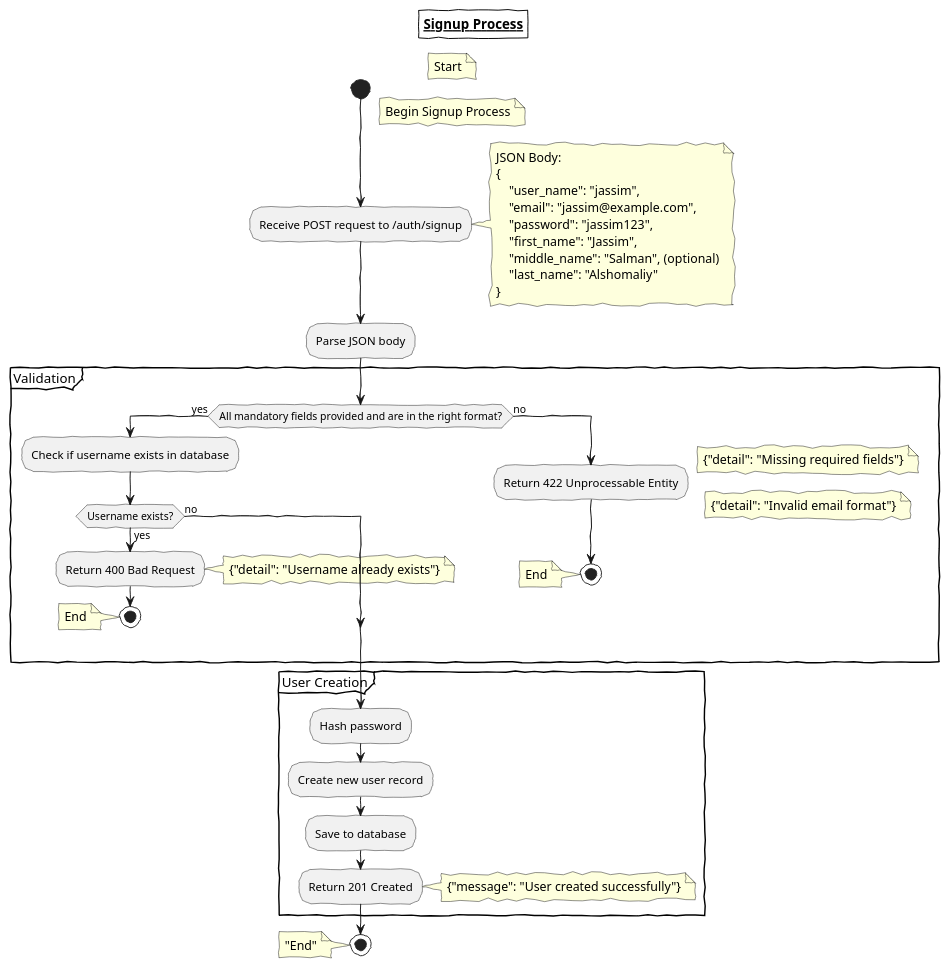
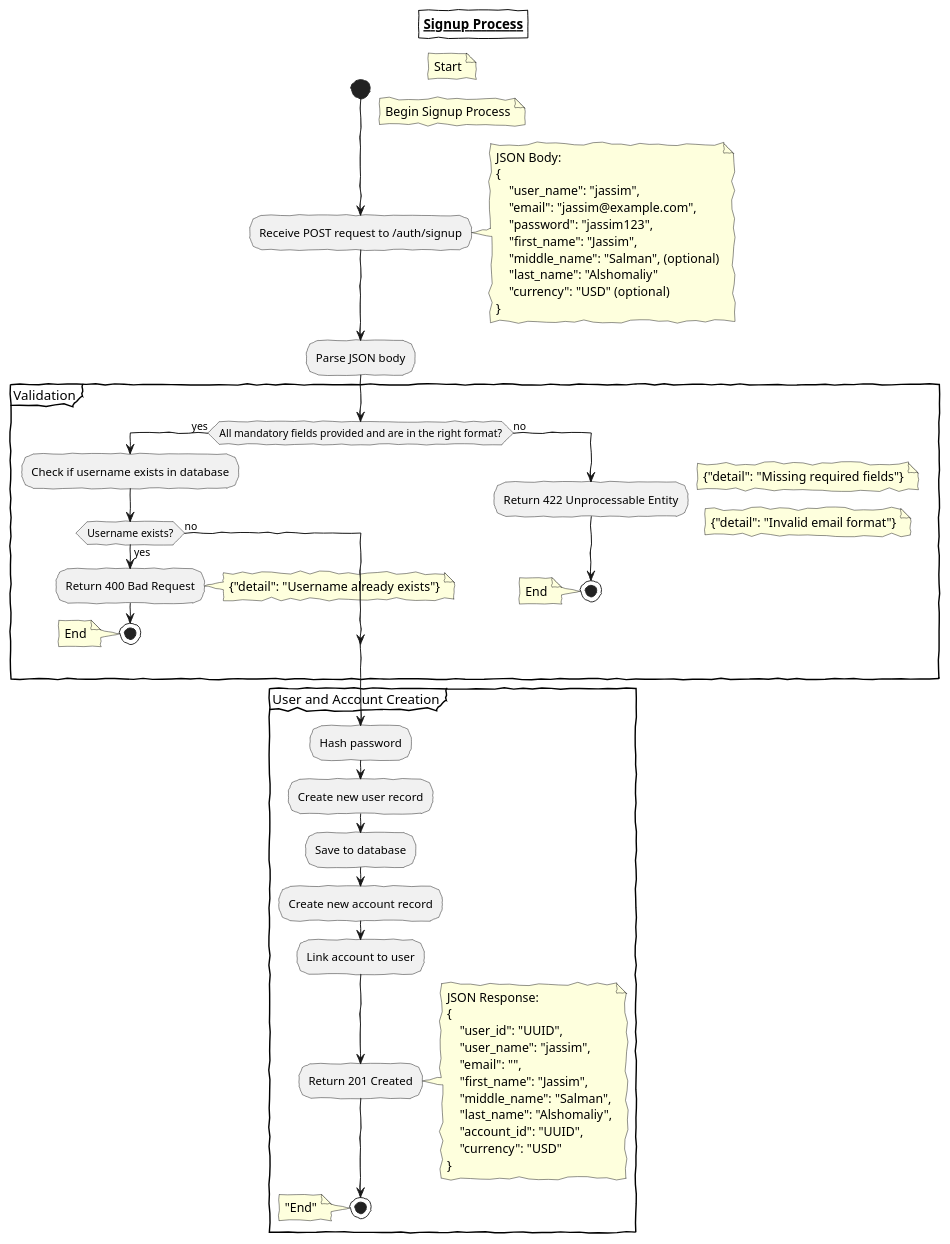
The diagram in docs/diagrams/src/routes/singup.wsd (bhalshaker/fastapi-peer2peer-payments), drawn with PlantUML before and after one commit. The commit also changed 2 other files, not shown here.

```diff
--- a/docs/diagrams/src/routes/singup.wsd
+++ b/docs/diagrams/src/routes/singup.wsd
@@ -1,56 +1,70 @@
 @startuml Signup Process
 skinparam handwritten true
 skinparam titleBorder 1
 skinparam titleBorderColor black
 title **<u>Signup Process</u>**
 
 start
 note right: Start
 note right: Begin Signup Process
 :Receive POST request to /auth/signup;
 note right
     JSON Body:
     {
         "user_name": "jassim",
         "email": "jassim@example.com",
         "password": "jassim123",
         "first_name": "Jassim",
         "middle_name": "Salman", (optional)
         "last_name": "Alshomaliy"
+        "currency": "USD" (optional)
     }
 end note
 
 :Parse JSON body;
 
 partition "Validation" {
     if (All mandatory fields provided and are in the right format?) then (yes)
         :Check if username exists in database;
         
         if (Username exists?) then (yes)
             :Return 400 Bad Request;
             note right: {"detail": "Username already exists"}
             stop
             note left: End
         else (no)
         endif
     else (no)
         :Return 422 Unprocessable Entity;
         note right: {"detail": "Missing required fields"}
         note right: {"detail": "Invalid email format"}
         stop
         note left: End
     endif
 }
 
-partition "User Creation" {
+partition "User and Account Creation" {
     :Hash password;
     :Create new user record;
     :Save to database;
+    :Create new account record;
+    :Link account to user;
     :Return 201 Created;
-    note right: {"message": "User created successfully"}
+    note right 
+        JSON Response:
+        {
+            "user_id": "UUID",
+            "user_name": "jassim",
+            "email": "",
+            "first_name": "Jassim",
+            "middle_name": "Salman",
+            "last_name": "Alshomaliy",
+            "account_id": "UUID",
+            "currency": "USD"
+        }
+    end note
+    stop
+    note left: "End"
 }
 
-stop
-note left: "End"
-
 @enduml
```
